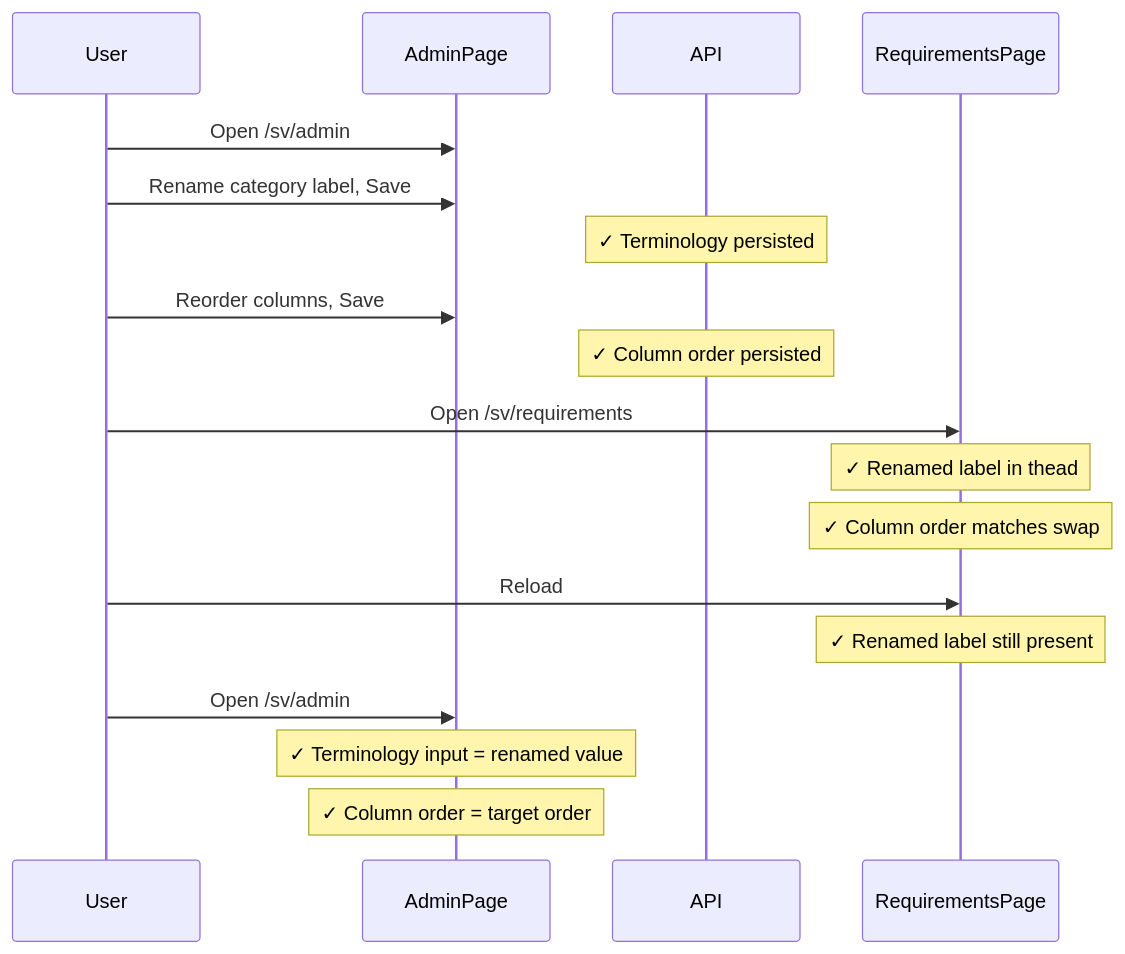
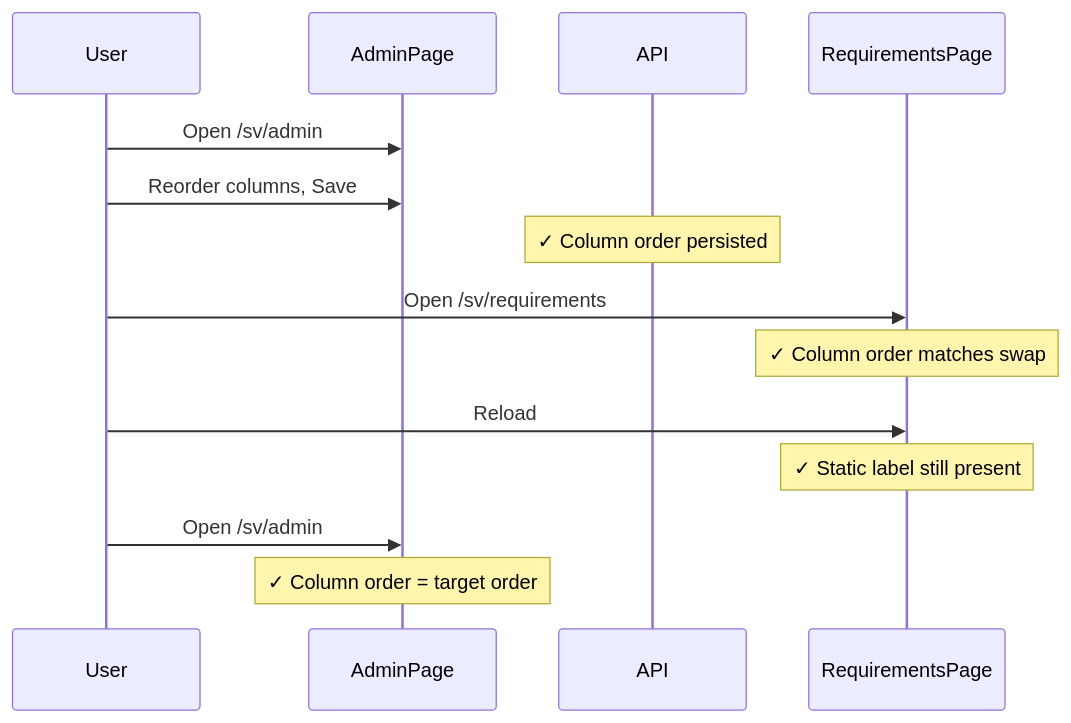
The third of 7 diagrams in tests/integration/admin-entrypoint.md (viscalyx/Kravhantering), drawn with Mermaid before and after one commit. The commit also changed other lines of this file and 46 other files, not shown here.

````diff
--- a/tests/integration/admin-entrypoint.md
+++ b/tests/integration/admin-entrypoint.md
@@ -133,21 +123,17 @@
 ```mermaid
 sequenceDiagram
     participant U as User
     participant A as AdminPage
     participant API as API
     participant R as RequirementsPage
 
     U->>A: Open /sv/admin
-    U->>A: Rename category label, Save
-    Note over API: ✓ Terminology persisted
     U->>A: Reorder columns, Save
     Note over API: ✓ Column order persisted
     U->>R: Open /sv/requirements
-    Note over R: ✓ Renamed label in thead
     Note over R: ✓ Column order matches swap
     U->>R: Reload
-    Note over R: ✓ Renamed label still present
+    Note over R: ✓ Static label still present
     U->>A: Open /sv/admin
-    Note over A: ✓ Terminology input = renamed value
     Note over A: ✓ Column order = target order
 ```
````
